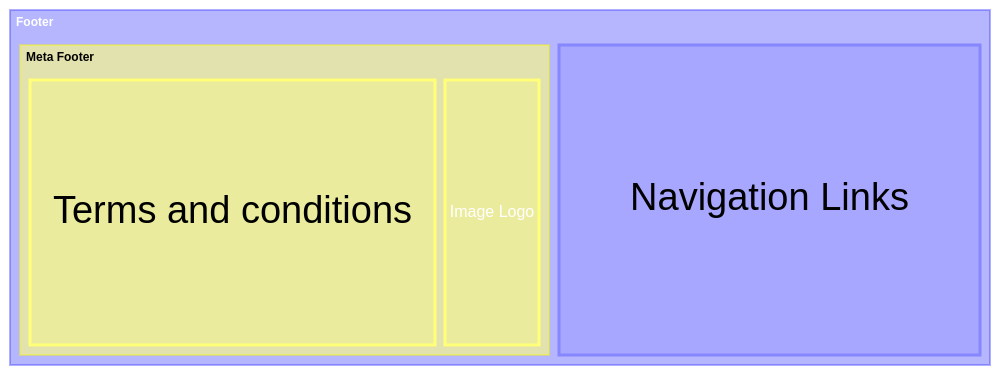
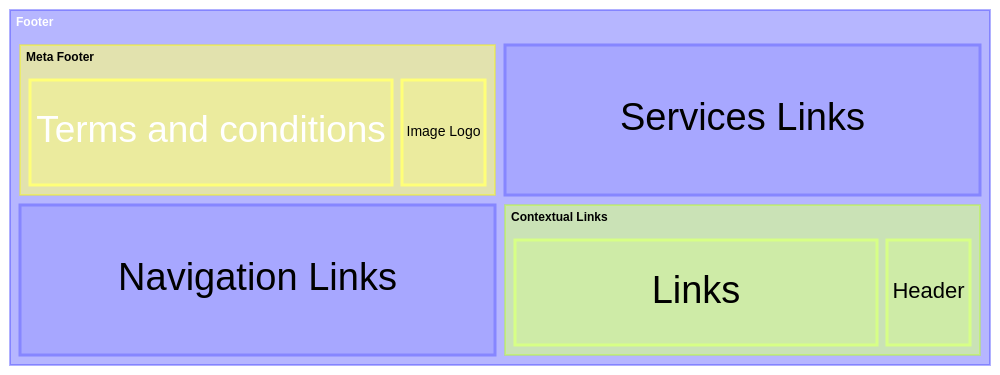
The diagram in patterns/guidance_common_elements_for_portals.md (Pan-Canadian-Genome-Library/documentation), drawn with Mermaid before and after one commit. The commit also changed other lines of this file and 2 other files, not shown here.

````diff
--- a/patterns/guidance_common_elements_for_portals.md
+++ b/patterns/guidance_common_elements_for_portals.md
@@ -38,15 +53,19 @@
 ```mermaid
 ---
 config:
   treemap:
     showValues: false
 ---
 
 treemap-beta
 "Footer"
     "Meta Footer"
         "Terms and conditions": 80
         "Image Logo": 20
-    "Navigation Links": 80
+    "Navigation Links": 100
+    "Services Links": 100
+    "Contextual Links"
+        "Header": 20
+        "Links": 80
 
 ```
````
